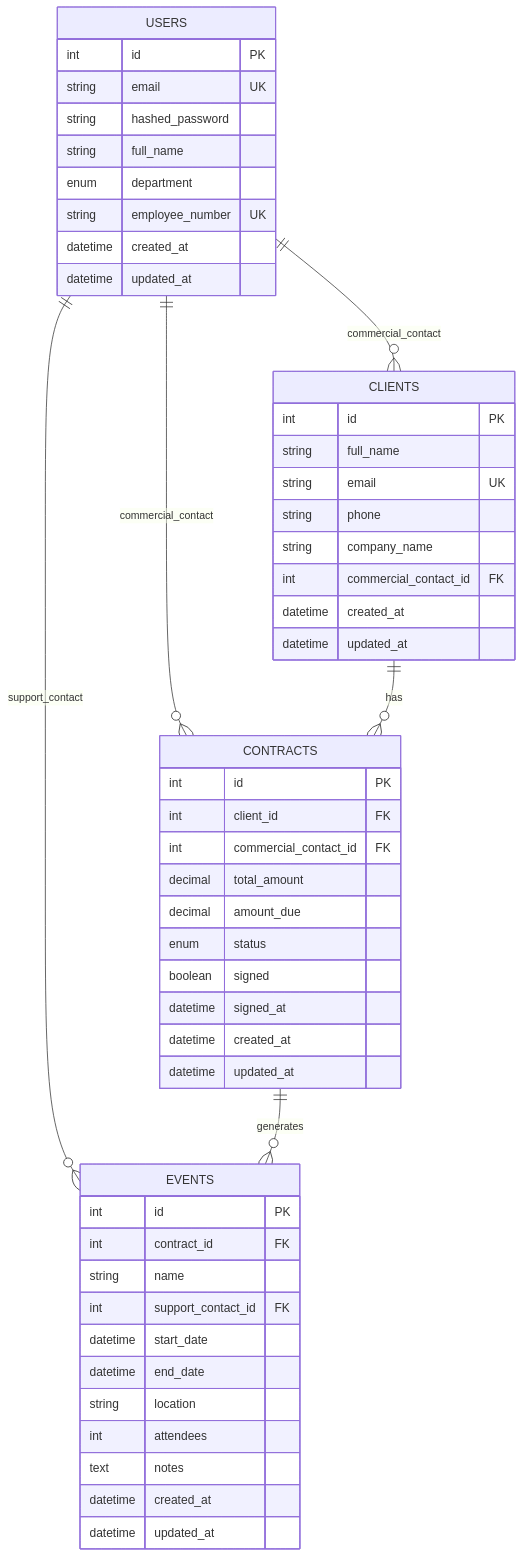
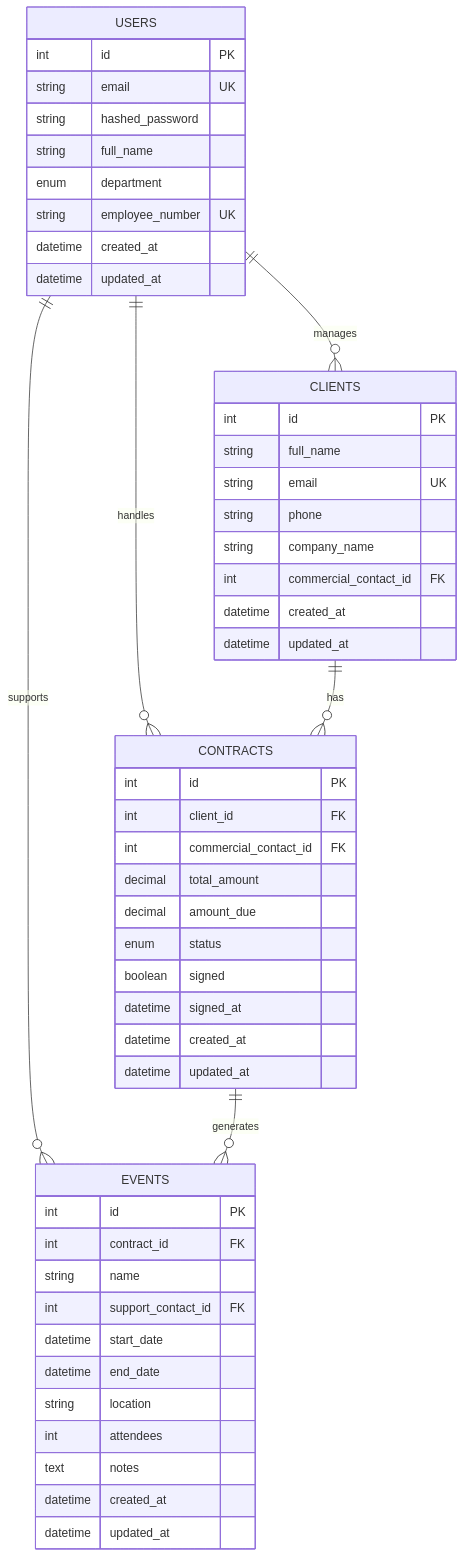
One commit to fkruklyaramis/OC_projet12 changed the diagram in README.md. Above: the diagram before and after it, drawn with Mermaid. The commit also changed other lines of this file, not shown here.

Commit message:
fix coquille readme

````diff
--- a/README.md
+++ b/README.md
@@ -151,57 +151,57 @@
 ```mermaid
 erDiagram
     USERS {
         int id PK
         string email UK
         string hashed_password
         string full_name
         enum department
         string employee_number UK
         datetime created_at
         datetime updated_at
     }
     
     CLIENTS {
         int id PK
         string full_name
         string email UK
         string phone
         string company_name
         int commercial_contact_id FK
         datetime created_at
         datetime updated_at
     }
     
     CONTRACTS {
         int id PK
         int client_id FK
         int commercial_contact_id FK
         decimal total_amount
         decimal amount_due
         enum status
         boolean signed
         datetime signed_at
         datetime created_at
         datetime updated_at
     }
     
     EVENTS {
         int id PK
         int contract_id FK
         string name
         int support_contact_id FK
         datetime start_date
         datetime end_date
         string location
         int attendees
         text notes
         datetime created_at
         datetime updated_at
     }
     
-    USERS ||--o{ CLIENTS : "commercial_contact"
-    USERS ||--o{ CONTRACTS : "commercial_contact"
-    USERS ||--o{ EVENTS : "support_contact"
+    USERS ||--o{ CLIENTS : "manages"
+    USERS ||--o{ CONTRACTS : "handles"
+    USERS ||--o{ EVENTS : "supports"
     CLIENTS ||--o{ CONTRACTS : "has"
     CONTRACTS ||--o{ EVENTS : "generates"
 ```
````
